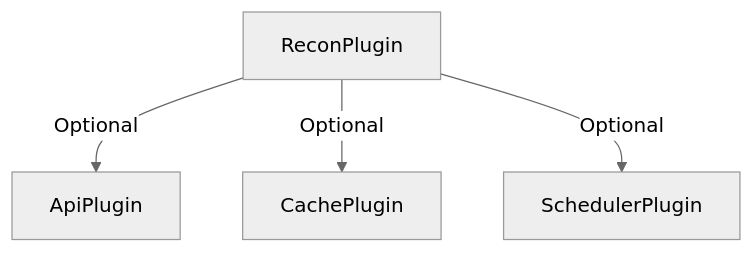
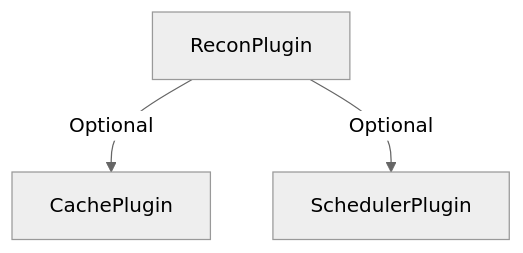
The diagram in docs/plugins/recon.md (forattini-dev/s3db.js), drawn with Mermaid (neutral theme) before and after one commit. The commit also changed other lines of this file and 16 other files, not shown here.

First line of the commit message:
test(recon): skip API routes tests - getApiRoutes() method not implemented

````diff
--- a/docs/plugins/recon.md
+++ b/docs/plugins/recon.md
@@ -196,6 +196,5 @@
 ```mermaid
 flowchart TD
-  ReconPlugin -->|Optional| ApiPlugin
   ReconPlugin -->|Optional| CachePlugin
   ReconPlugin -->|Optional| SchedulerPlugin
 ```
````
